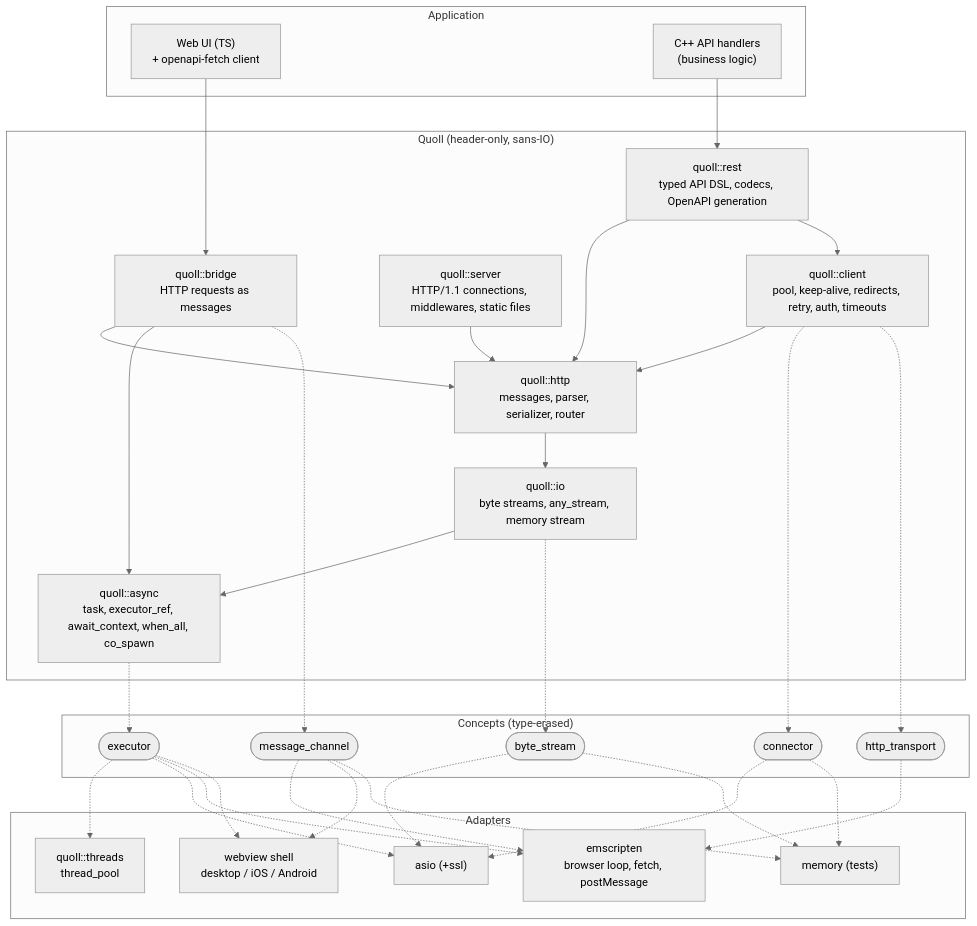
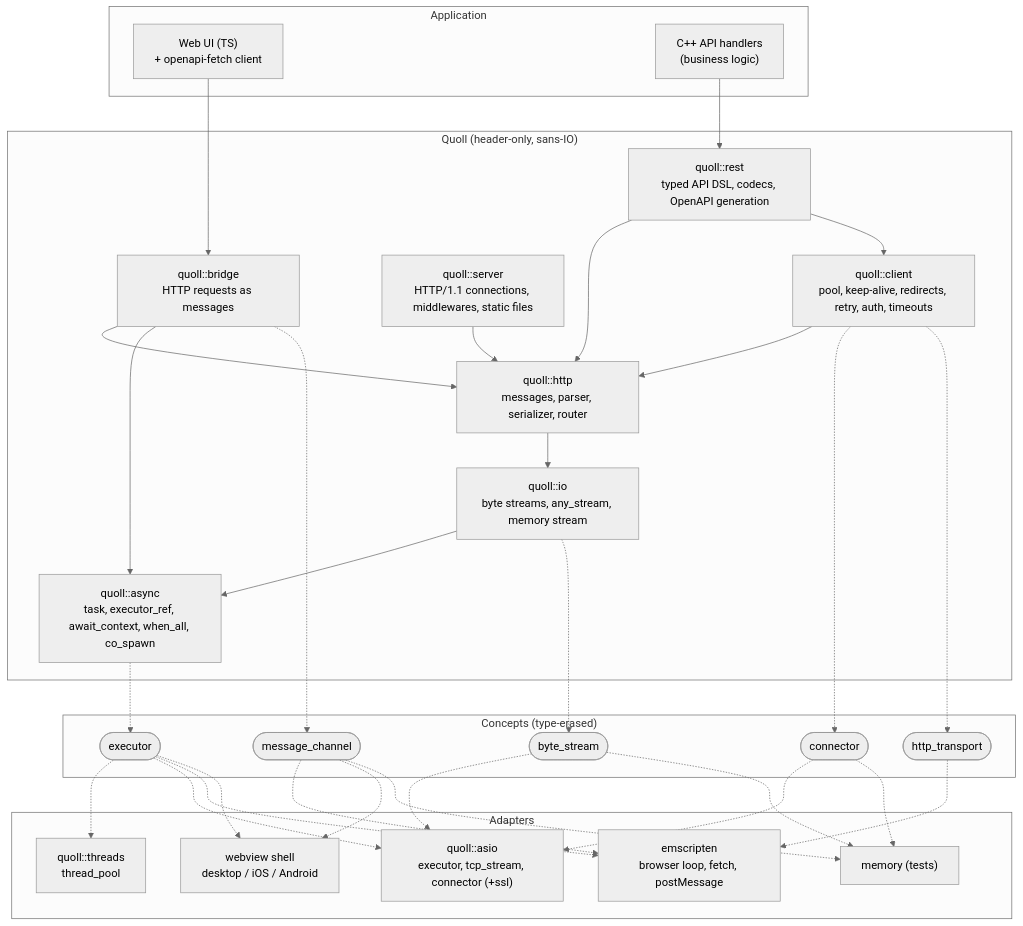
One commit to 4thlabs/quoll changed the first of 9 diagrams in docs/PLAN.md. Above: the diagram before and after it, drawn with Mermaid (neutral theme). The commit also changed 12 other files, not shown here.

First line of the commit message:
asio: executor, TCP stream and connector

````diff
--- a/docs/PLAN.md
+++ b/docs/PLAN.md
@@ -47,56 +47,56 @@
 ```mermaid
 flowchart TB
   subgraph app["Application"]
     ui["Web UI (TS)<br/>+ openapi-fetch client"]
     handlers["C++ API handlers<br/>(business logic)"]
   end
 
   subgraph quoll["Quoll (header-only, sans-IO)"]
     rest["quoll::rest<br/>typed API DSL, codecs, OpenAPI generation"]
     bridge["quoll::bridge<br/>HTTP requests as messages"]
     server["quoll::server<br/>HTTP/1.1 connections, middlewares, static files"]
     client["quoll::client<br/>pool, keep-alive, redirects, retry, auth, timeouts"]
     http["quoll::http<br/>messages, parser, serializer, router"]
     io["quoll::io<br/>byte streams, any_stream, memory stream"]
     async["quoll::async<br/>task, executor_ref, await_context, when_all, co_spawn"]
   end
 
   subgraph concepts["Concepts (type-erased)"]
     executor(["executor"])
     stream(["byte_stream"])
     connector(["connector"])
     transport(["http_transport"])
     channel(["message_channel"])
   end
 
   subgraph adapters["Adapters"]
     pool["quoll::threads<br/>thread_pool"]
-    asio["asio (+ssl)"]
+    asio["quoll::asio<br/>executor, tcp_stream, connector (+ssl)"]
     emscripten["emscripten<br/>browser loop, fetch, postMessage"]
     shell["webview shell<br/>desktop / iOS / Android"]
     memory["memory (tests)"]
   end
 
   ui --> bridge
   handlers --> rest
   rest --> http
   rest --> client
   bridge --> http
   server --> http
   client --> http
   http --> io
   io --> async
   bridge --> async
 
   io -.-> stream
   client -.-> connector
   client -.-> transport
   bridge -.-> channel
   async -.-> executor
 
   executor -.-> pool & asio & emscripten & shell
   stream -.-> asio & memory
   connector -.-> asio & memory
   transport -.-> emscripten
   channel -.-> emscripten & shell & memory
 ```
````
